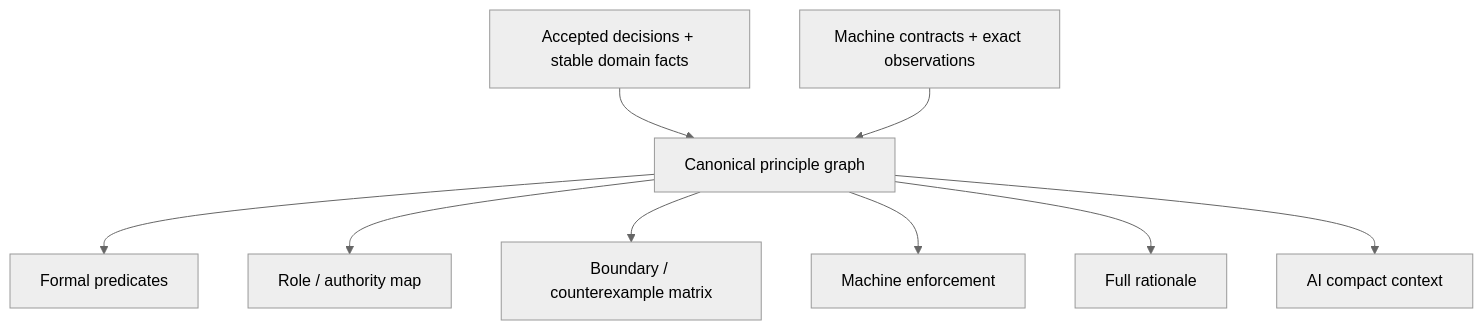
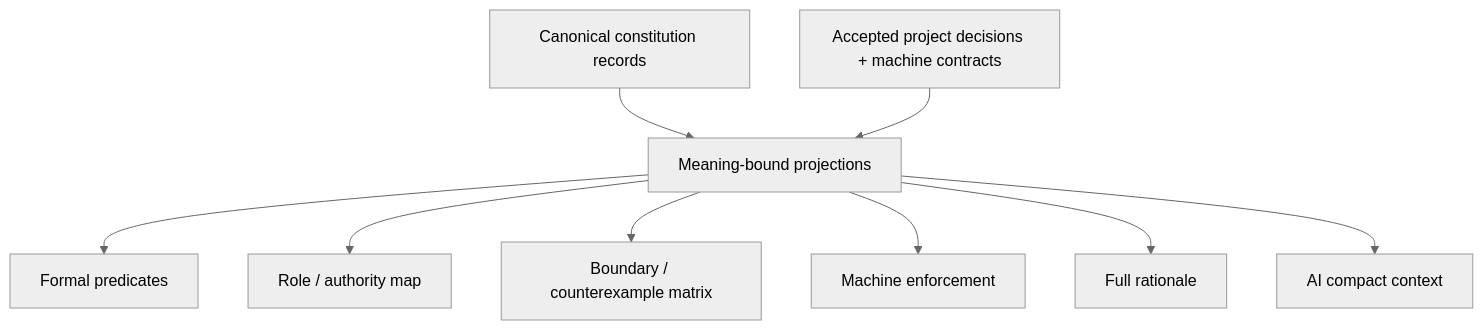
One commit to sec-platform/sec changed diagram 13 of 15 in docs/system-architecture.md. Above: the diagram before and after it, drawn with Mermaid (neutral theme). The commit also changed other lines of this file and 10 other files, not shown here.

````diff
--- a/docs/system-architecture.md
+++ b/docs/system-architecture.md
@@ -685,11 +646,11 @@
 ```mermaid
 flowchart TB
-  D[Accepted decisions + stable domain facts] --> G[Canonical principle graph]
-  M[Machine contracts + exact observations] --> G
+  D[Canonical constitution records] --> G[Meaning-bound projections]
+  M[Accepted project decisions + machine contracts] --> G
   G --> F[Formal predicates]
   G --> R[Role / authority map]
   G --> B[Boundary / counterexample matrix]
   G --> E[Machine enforcement]
   G --> H[Full rationale]
   G --> A[AI compact context]
 ```
````
